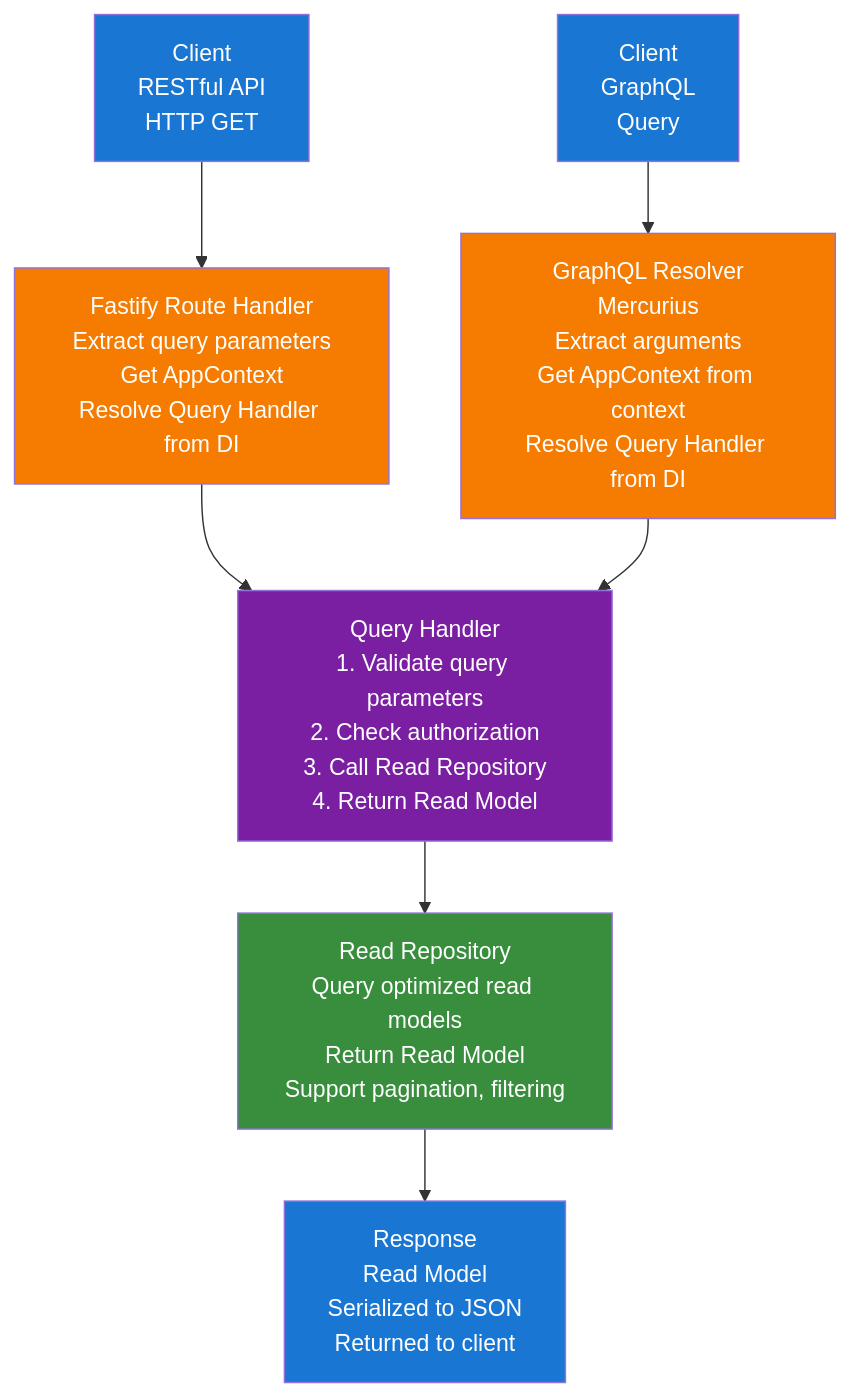
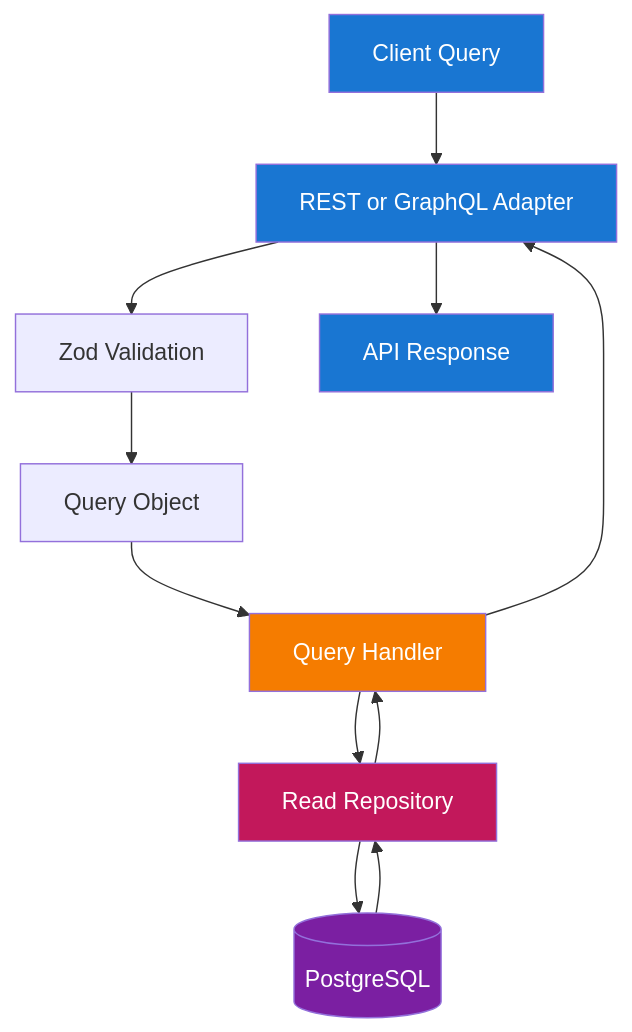
The third of 4 diagrams in api/docs/architecture.md (thinhtran3588/product-templates), drawn with Mermaid before and after one commit. The commit also changed other lines of this file and 522 other files, not shown here.

````diff
--- a/api/docs/architecture.md
+++ b/api/docs/architecture.md
@@ -173,17 +99,20 @@
 ```mermaid
 flowchart TD
-    RestClient[Client<br/>RESTful API<br/>HTTP GET] --> RouteHandler[Fastify Route Handler<br/>Extract query parameters<br/>Get AppContext<br/>Resolve Query Handler from DI]
-    GraphQLClient[Client<br/>GraphQL<br/>Query] --> GraphQLResolver[GraphQL Resolver<br/>Mercurius<br/>Extract arguments<br/>Get AppContext from context<br/>Resolve Query Handler from DI]
-    RouteHandler --> QueryHandler[Query Handler<br/>1. Validate query parameters<br/>2. Check authorization<br/>3. Call Read Repository<br/>4. Return Read Model]
-    GraphQLResolver --> QueryHandler
-    QueryHandler --> ReadRepo[Read Repository<br/>Query optimized read models<br/>Return Read Model<br/>Support pagination, filtering]
-    ReadRepo --> Response[Response<br/>Read Model<br/>Serialized to JSON<br/>Returned to client]
+    Client[Client Query] --> Adapter[REST or GraphQL Adapter]
+    Adapter --> Validator[Zod Validation]
+    Validator --> Query[Query Object]
+    Query --> Handler[Query Handler]
+    Handler --> ReadRepo[Read Repository]
+    ReadRepo --> Db[(PostgreSQL)]
+    Db --> ReadRepo
+    ReadRepo --> Handler
+    Handler --> Adapter
+    Adapter --> Response[API Response]
 
-    style RestClient fill:#1976d2,color:#fff
-    style GraphQLClient fill:#1976d2,color:#fff
-    style RouteHandler fill:#f57c00,color:#fff
-    style GraphQLResolver fill:#f57c00,color:#fff
-    style QueryHandler fill:#7b1fa2,color:#fff
-    style ReadRepo fill:#388e3c,color:#fff
+    style Client fill:#1976d2,color:#fff
+    style Adapter fill:#1976d2,color:#fff
+    style Handler fill:#f57c00,color:#fff
+    style ReadRepo fill:#c2185b,color:#fff
+    style Db fill:#7b1fa2,color:#fff
     style Response fill:#1976d2,color:#fff
 ```
````
